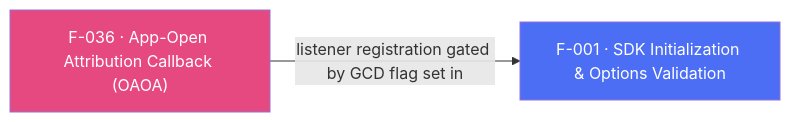
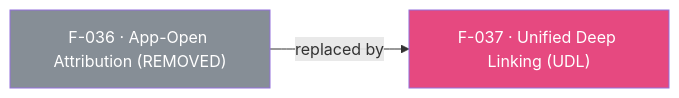
Before and after one commit to AppsFlyerSDK/appsflyer-flutter-plugin: the diagram in internal-docs/features/F-036-app-open-attribution-callback.md, drawn with Mermaid. The commit also changed other lines of this file and 112 other files, not shown here.

First line of the commit message:
[DELIVERY-125863] Migrate Flutter plugin to AppsFlyer SDK 7 RPC architecture.

````diff
--- a/internal-docs/features/F-036-app-open-attribution-callback.md
+++ b/internal-docs/features/F-036-app-open-attribution-callback.md
@@ -80,6 +27,6 @@
 ```mermaid
 flowchart LR
-    F036["F-036 · App-Open Attribution Callback (OAOA)"]:::deepLinking -->|"listener registration gated by GCD flag set in"| F001["F-001 · SDK Initialization & Options Validation"]:::sdkCore
+    F036["F-036 · App-Open Attribution (REMOVED)"]:::removed -->|"replaced by"| F037["F-037 · Unified Deep Linking (UDL)"]:::deepLinking
     classDef deepLinking fill:#E64980,color:#fff
-    classDef sdkCore fill:#4C6EF5,color:#fff
+    classDef removed fill:#868E96,color:#fff
 ```
````
